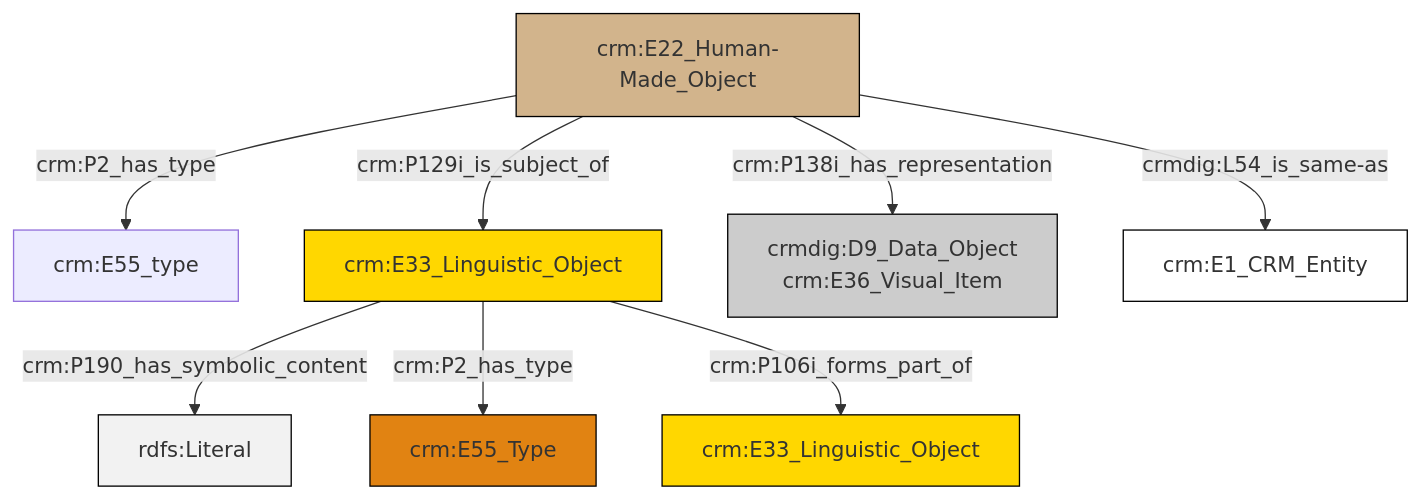
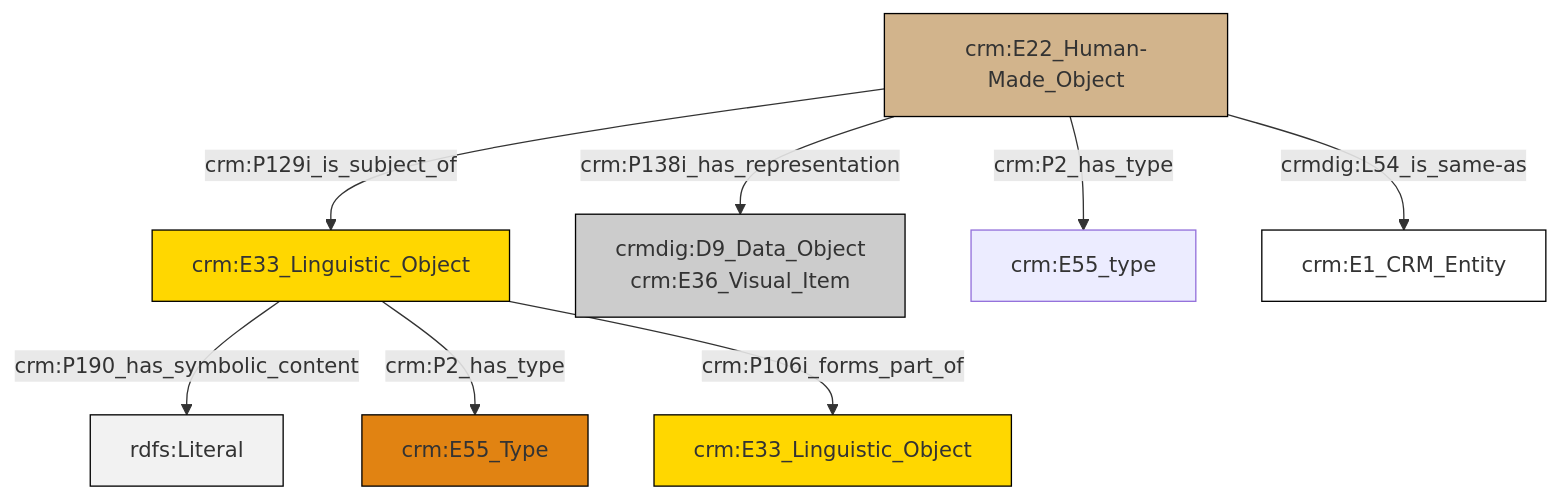
Before and after one commit to swiss-art-research-net/docs.swissartresearch: the diagram in et/artworkCSV/ttl/mmd/Artwork_Documentation.ttl.mmd, drawn with Mermaid. The commit also changed 174 other files, not shown here.

```diff
--- a/et/artworkCSV/ttl/mmd/Artwork_Documentation.ttl.mmd
+++ b/et/artworkCSV/ttl/mmd/Artwork_Documentation.ttl.mmd
@@ -1,22 +1,22 @@
 graph TD
 classDef Literal fill:#f2f2f2,stroke:#000000;
 classDef CRM_Entity fill:#FFFFFF,stroke:#000000;
 classDef Temporal_Entity fill:#00C9E6, stroke:#000000;
 classDef Type fill:#E18312, stroke:#000000;
 classDef Time-Span fill:#2C9C91, stroke:#000000;
 classDef Appellation fill:#FFEB7F, stroke:#000000;
 classDef Place fill:#008836, stroke:#000000;
 classDef Persistent_Item fill:#B266B2, stroke:#000000;
 classDef Conceptual_Object fill:#FFD700, stroke:#000000;
 classDef Physical_Thing fill:#D2B48C, stroke:#000000;
 classDef Actor fill:#f58aad, stroke:#000000;
 classDef PC_Classes fill:#4ce600, stroke:#000000;
 classDef Multi fill:#cccccc,stroke:#000000;
 
-0["crm:E22_Human-Made_Object"]:::Physical_Thing -->|crm:P2_has_type| 1["crm:E55_type"]:::Default
-0["crm:E22_Human-Made_Object"]:::Physical_Thing -->|crm:P138i_has_representation| 4["crmdig:D9_Data_Object<br>crm:E36_Visual_Item"]:::Multi
-0["crm:E22_Human-Made_Object"]:::Physical_Thing -->|crmdig:L54_is_same-as| 10["crm:E1_CRM_Entity"]:::CRM_Entity
-2["crm:E33_Linguistic_Object"]:::Conceptual_Object -->|crm:P190_has_symbolic_content| 13[rdfs:Literal]:::Literal
-2["crm:E33_Linguistic_Object"]:::Conceptual_Object -->|crm:P2_has_type| 8["crm:E55_Type"]:::Type
-0["crm:E22_Human-Made_Object"]:::Physical_Thing -->|crm:P129i_is_subject_of| 2["crm:E33_Linguistic_Object"]:::Conceptual_Object
-2["crm:E33_Linguistic_Object"]:::Conceptual_Object -->|crm:P106i_forms_part_of| 5["crm:E33_Linguistic_Object"]:::Conceptual_Object
+0["crm:E33_Linguistic_Object"]:::Conceptual_Object -->|crm:P190_has_symbolic_content| 1[rdfs:Literal]:::Literal
+2["crm:E22_Human-Made_Object"]:::Physical_Thing -->|crm:P138i_has_representation| 3["crmdig:D9_Data_Object<br>crm:E36_Visual_Item"]:::Multi
+2["crm:E22_Human-Made_Object"]:::Physical_Thing -->|crm:P129i_is_subject_of| 0["crm:E33_Linguistic_Object"]:::Conceptual_Object
+0["crm:E33_Linguistic_Object"]:::Conceptual_Object -->|crm:P2_has_type| 4["crm:E55_Type"]:::Type
+0["crm:E33_Linguistic_Object"]:::Conceptual_Object -->|crm:P106i_forms_part_of| 10["crm:E33_Linguistic_Object"]:::Conceptual_Object
+2["crm:E22_Human-Made_Object"]:::Physical_Thing -->|crm:P2_has_type| 8["crm:E55_type"]:::Default
+2["crm:E22_Human-Made_Object"]:::Physical_Thing -->|crmdig:L54_is_same-as| 13["crm:E1_CRM_Entity"]:::CRM_Entity
```
